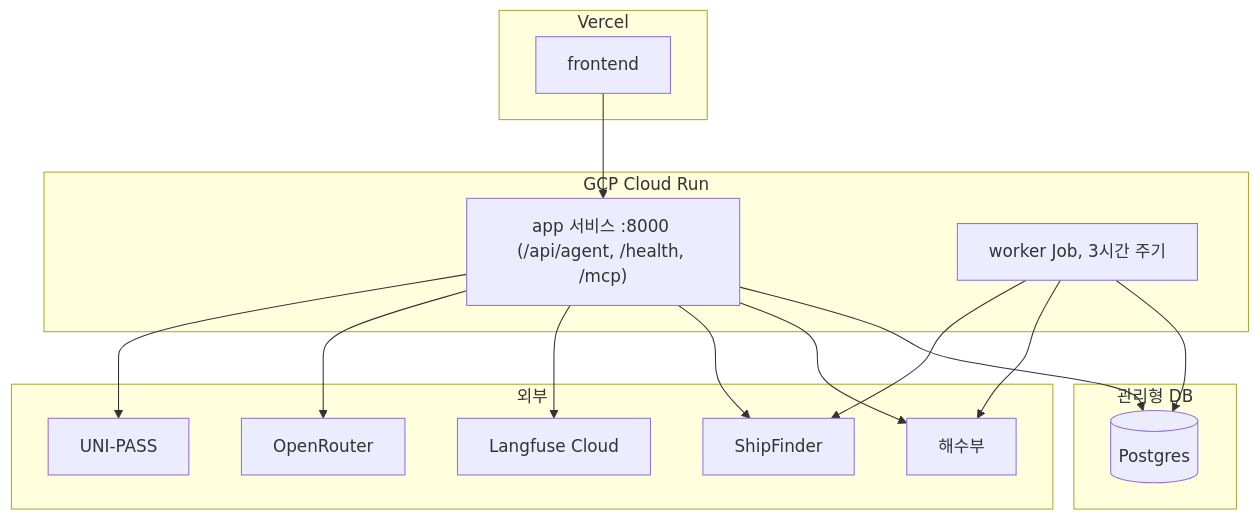
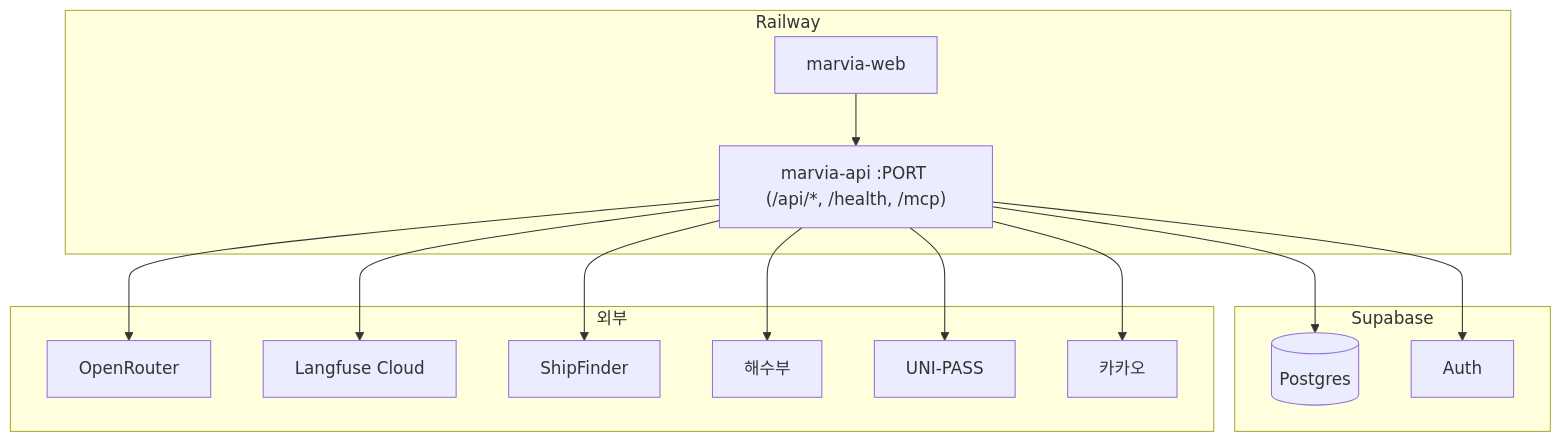
The second of 3 diagrams in docs/Marvia_SDD.md (HJU5022/Marvia), drawn with Mermaid before and after one commit. The commit also changed other lines of this file and 27 other files, not shown here.

First line of the commit message:
docs: 문서를 지금 코드에 맞춤 (SDD·README·CLAUDE·PRD·작업 리스트·ERD·specs·web 문서, 10-06)

````diff
--- a/docs/Marvia_SDD.md
+++ b/docs/Marvia_SDD.md
@@ -126,30 +201,28 @@
 ```mermaid
 flowchart TB
-  subgraph vercel["Vercel"]
-    W["frontend"]
+  subgraph rw["Railway"]
+    W["marvia-web"]
+    A["marvia-api :PORT (/api/*, /health, /mcp)"]
   end
-  subgraph gcp["GCP Cloud Run"]
-    A["app 서비스 :8000 (/api/agent, /health, /mcp)"]
-    J["worker Job, 3시간 주기"]
-  end
-  subgraph db["관리형 DB"]
+  subgraph sb["Supabase"]
     DB[("Postgres")]
+    AU["Auth"]
   end
   subgraph ext["외부"]
     OR["OpenRouter"]
     LF["Langfuse Cloud"]
     SF["ShipFinder"]
     MOF["해수부"]
     UP["UNI-PASS"]
+    KK["카카오"]
   end
   W --> A
   A --> UP
   A --> OR
   A --> LF
   A --> SF
   A --> MOF
-  J --> SF
-  J --> MOF
+  A --> KK
   A --> DB
-  J --> DB
+  A --> AU
 ```
````
